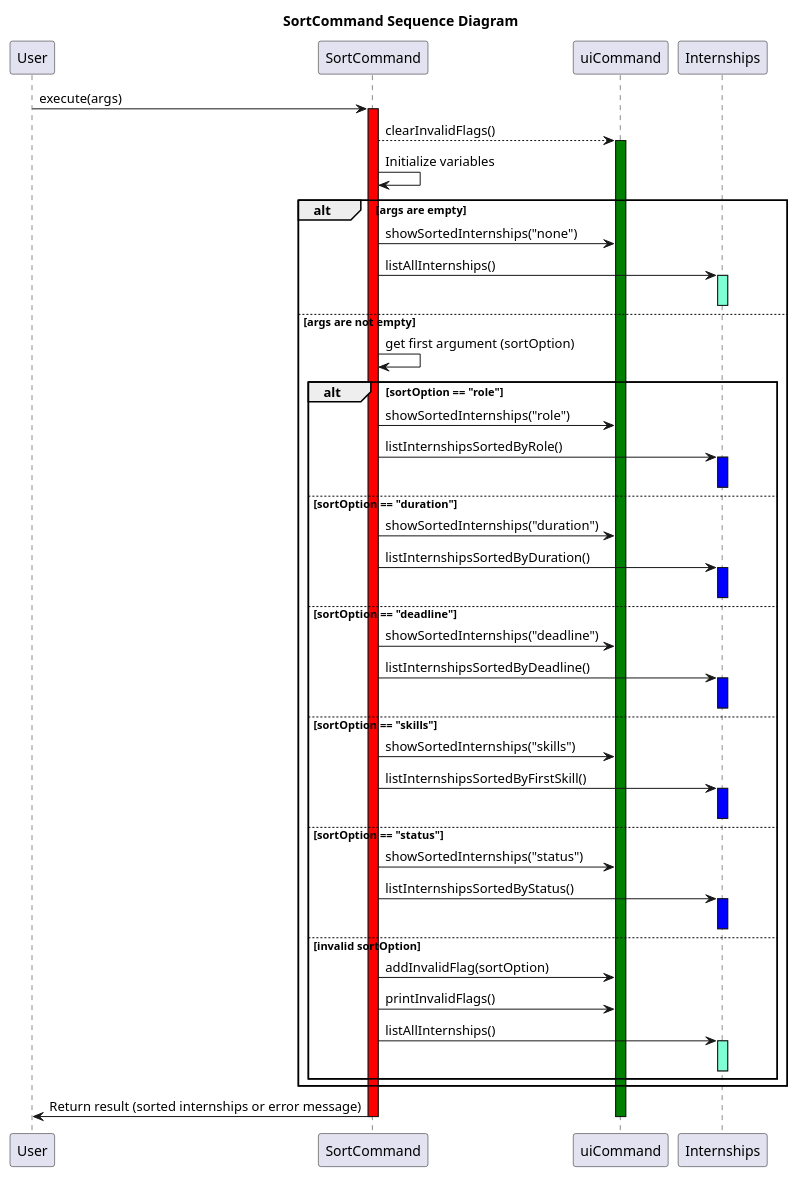
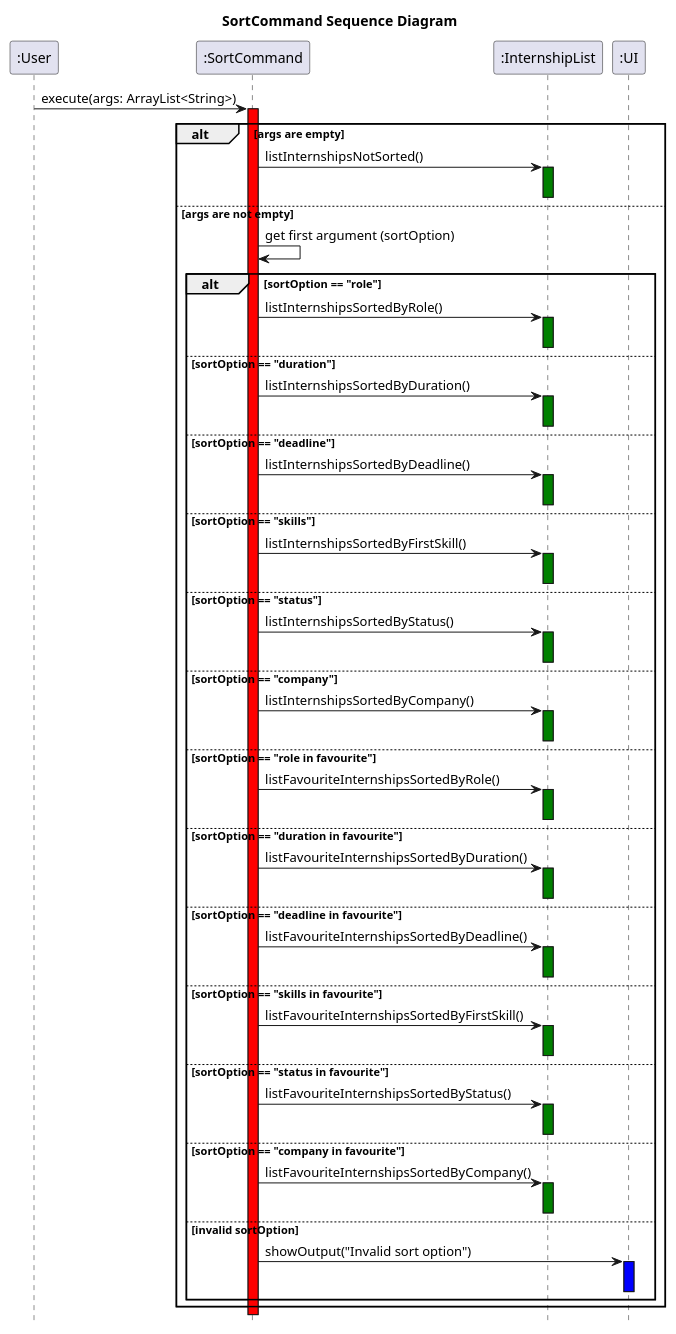
One commit to nus-cs2113-AY2425S1/tp changed the diagram in docs/UML/SortCommand.puml. Above: the diagram before and after it, drawn with PlantUML. The commit also changed 6 other files, not shown here.

Commit message:
add some assertion for the SortCommand and add sort company and sort company in favourite. Also modify UG and DG and update the sequence diagram for SortCommand

```diff
--- a/docs/UML/SortCommand.puml
+++ b/docs/UML/SortCommand.puml
@@ -1,66 +1,72 @@
 @startuml
 title SortCommand Sequence Diagram
+hide footbox
 
-participant User
-participant SortCommand
-participant uiCommand
-participant Internships
-
-User->SortCommand: execute(args)
-activate SortCommand #red
-SortCommand --> uiCommand: clearInvalidFlags()
-activate uiCommand #green
-SortCommand -> SortCommand : Initialize variables
+":User" -> ":SortCommand": execute(args: ArrayList<String>)
+activate ":SortCommand" #red
 
 alt args are empty
-    SortCommand -> uiCommand: showSortedInternships("none")
-    SortCommand -> Internships: listAllInternships()
-    activate Internships #aquamarine
-    deactivate Internships
+    ":SortCommand" -> ":InternshipList": listInternshipsNotSorted()
+    activate ":InternshipList" #green
+    deactivate ":InternshipList" #green
 else args are not empty
-    SortCommand -> SortCommand : get first argument (sortOption)
+    ":SortCommand" -> ":SortCommand": get first argument (sortOption)
 
     alt sortOption == "role"
-        SortCommand -> uiCommand: showSortedInternships("role")
-        SortCommand -> Internships: listInternshipsSortedByRole()
-        activate Internships #blue
-        deactivate Internships
+        ":SortCommand" -> ":InternshipList": listInternshipsSortedByRole()
+        activate ":InternshipList" #green
+        deactivate ":InternshipList" #green
+    else sortOption == "duration"
+        ":SortCommand" -> ":InternshipList": listInternshipsSortedByDuration()
+        activate ":InternshipList" #green
+        deactivate ":InternshipList" #green
+    else sortOption == "deadline"
+        ":SortCommand" -> ":InternshipList": listInternshipsSortedByDeadline()
+        activate ":InternshipList" #green
+        deactivate ":InternshipList" #green
+    else sortOption == "skills"
+        ":SortCommand" -> ":InternshipList": listInternshipsSortedByFirstSkill()
+        activate ":InternshipList" #green
+        deactivate ":InternshipList" #green
+    else sortOption == "status"
+        ":SortCommand" -> ":InternshipList": listInternshipsSortedByStatus()
+        activate ":InternshipList" #green
+        deactivate ":InternshipList" #green
+    else sortOption == "company"
+        ":SortCommand" -> ":InternshipList": listInternshipsSortedByCompany()
+        activate ":InternshipList" #green
+        deactivate ":InternshipList" #green
 
-    else sortOption == "duration"
-        SortCommand -> uiCommand: showSortedInternships("duration")
-        SortCommand -> Internships: listInternshipsSortedByDuration()
-        activate Internships #blue
-        deactivate Internships
-
-    else sortOption == "deadline"
-        SortCommand -> uiCommand: showSortedInternships("deadline")
-        SortCommand -> Internships: listInternshipsSortedByDeadline()
-        activate Internships #blue
-        deactivate Internships
-
-    else sortOption == "skills"
-        SortCommand -> uiCommand: showSortedInternships("skills")
-        SortCommand -> Internships: listInternshipsSortedByFirstSkill()
-        activate Internships #blue
-        deactivate Internships
-
-    else sortOption == "status"
-        SortCommand -> uiCommand: showSortedInternships("status")
-        SortCommand -> Internships: listInternshipsSortedByStatus()
-        activate Internships #blue
-        deactivate Internships
+    else sortOption == "role in favourite"
+        ":SortCommand" -> ":InternshipList": listFavouriteInternshipsSortedByRole()
+        activate ":InternshipList" #green
+        deactivate ":InternshipList" #green
+    else sortOption == "duration in favourite"
+        ":SortCommand" -> ":InternshipList": listFavouriteInternshipsSortedByDuration()
+        activate ":InternshipList" #green
+        deactivate ":InternshipList" #green
+    else sortOption == "deadline in favourite"
+        ":SortCommand" -> ":InternshipList": listFavouriteInternshipsSortedByDeadline()
+        activate ":InternshipList" #green
+        deactivate ":InternshipList" #green
+    else sortOption == "skills in favourite"
+        ":SortCommand" -> ":InternshipList": listFavouriteInternshipsSortedByFirstSkill()
+        activate ":InternshipList" #green
+        deactivate ":InternshipList" #green
+    else sortOption == "status in favourite"
+        ":SortCommand" -> ":InternshipList": listFavouriteInternshipsSortedByStatus()
+        activate ":InternshipList" #green
+        deactivate ":InternshipList" #green
+    else sortOption == "company in favourite"
+        ":SortCommand" -> ":InternshipList": listFavouriteInternshipsSortedByCompany()
+        activate ":InternshipList" #green
+        deactivate ":InternshipList" #green
 
     else invalid sortOption
-        SortCommand -> uiCommand: addInvalidFlag(sortOption)
-        SortCommand -> uiCommand: printInvalidFlags()
-        SortCommand -> Internships: listAllInternships()
-        activate Internships #aquamarine
-        deactivate Internships
+        ":SortCommand" -> ":UI": showOutput("Invalid sort option")
+        activate ":UI" #blue
+        deactivate ":UI"
     end
 end
 
-SortCommand -> User: Return result (sorted internships or error message)
-deactivate uiCommand
-deactivate SortCommand
-
 @enduml
```
